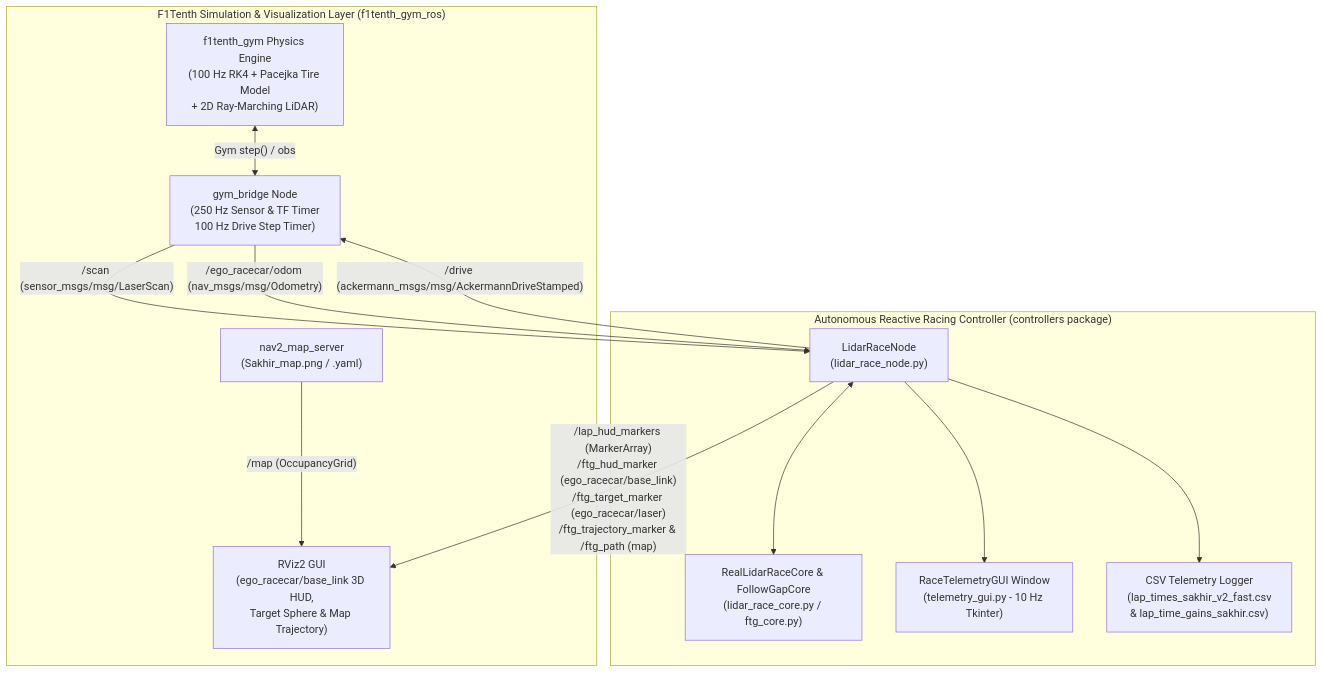
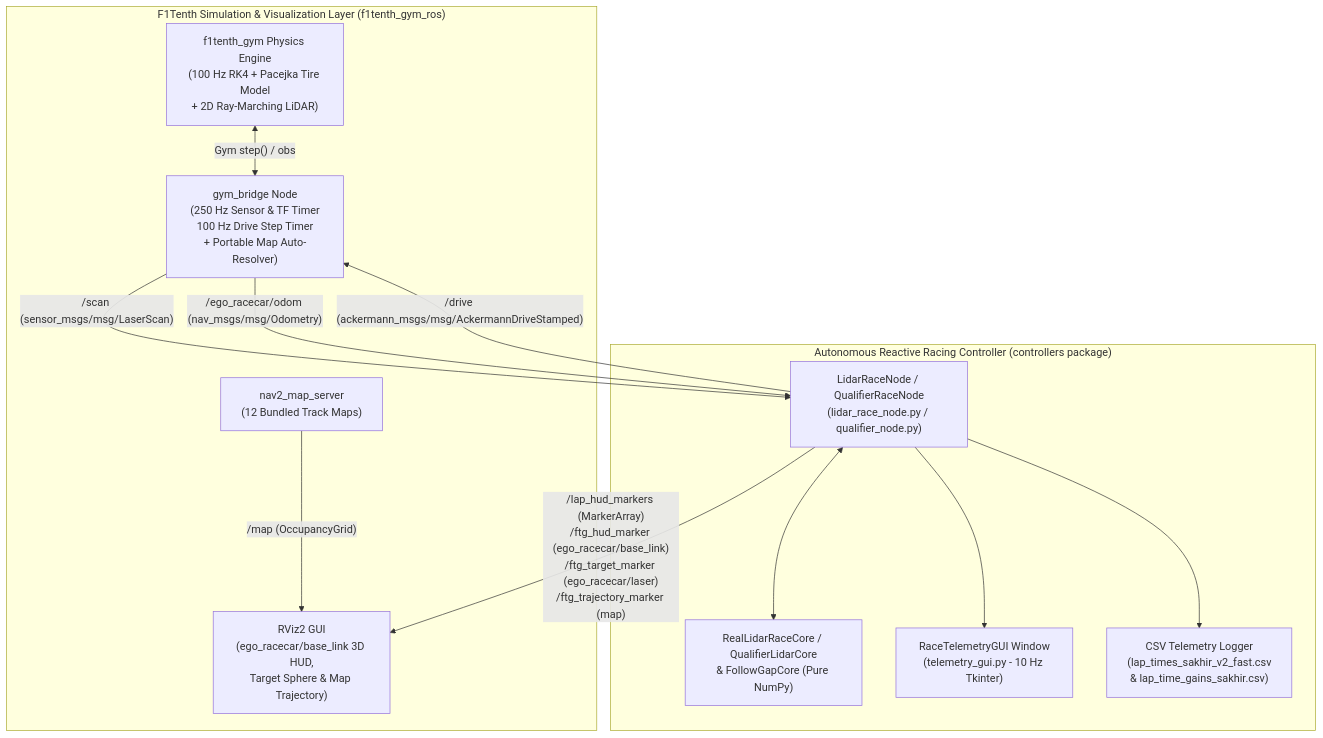
One commit to Bishal-yeti/F1Tenth-Repository changed the diagram in README.md. Above: the diagram before and after it, drawn with Mermaid. The commit also changed other lines of this file and 21 other files, not shown here.

Commit message:
feat: bundle all 12 official maps, add zero-config portable sim.yaml resolution, 1-command beginner scripts, and upgraded README

````diff
--- a/README.md
+++ b/README.md
@@ -108,26 +208,26 @@
 ```mermaid
 flowchart TB
     subgraph SIM["F1Tenth Simulation & Visualization Layer (f1tenth_gym_ros)"]
         GYM["f1tenth_gym Physics Engine\n(100 Hz RK4 + Pacejka Tire Model\n+ 2D Ray-Marching LiDAR)"]
-        BRIDGE["gym_bridge Node\n(250 Hz Sensor & TF Timer\n100 Hz Drive Step Timer)"]
-        MAP["nav2_map_server\n(Sakhir_map.png / .yaml)"]
+        BRIDGE["gym_bridge Node\n(250 Hz Sensor & TF Timer\n100 Hz Drive Step Timer\n+ Portable Map Auto-Resolver)"]
+        MAP["nav2_map_server\n(12 Bundled Track Maps)"]
         RVIZ["RViz2 GUI\n(ego_racecar/base_link 3D HUD,\nTarget Sphere & Map Trajectory)"]
         GYM <-->|"Gym step() / obs"| BRIDGE
         MAP -->|"/map (OccupancyGrid)"| RVIZ
     end
 
     subgraph CTRL["Autonomous Reactive Racing Controller (controllers package)"]
-        NODE["LidarRaceNode\n(lidar_race_node.py)"]
-        CORE["RealLidarRaceCore & FollowGapCore\n(lidar_race_core.py / ftg_core.py)"]
+        NODE["LidarRaceNode / QualifierRaceNode\n(lidar_race_node.py / qualifier_node.py)"]
+        CORE["RealLidarRaceCore / QualifierLidarCore\n& FollowGapCore (Pure NumPy)"]
         GUI["RaceTelemetryGUI Window\n(telemetry_gui.py - 10 Hz Tkinter)"]
         CSV["CSV Telemetry Logger\n(lap_times_sakhir_v2_fast.csv\n& lap_time_gains_sakhir.csv)"]
         NODE <--> CORE
         NODE --> GUI
         NODE --> CSV
     end
 
     BRIDGE -->|"/scan (sensor_msgs/msg/LaserScan)"| NODE
     BRIDGE -->|"/ego_racecar/odom (nav_msgs/msg/Odometry)"| NODE
     NODE -->|"/drive (ackermann_msgs/msg/AckermannDriveStamped)"| BRIDGE
-    NODE -->|"/lap_hud_markers (MarkerArray)\n/ftg_hud_marker (ego_racecar/base_link)\n/ftg_target_marker (ego_racecar/laser)\n/ftg_trajectory_marker & /ftg_path (map)"| RVIZ
+    NODE -->|"/lap_hud_markers (MarkerArray)\n/ftg_hud_marker (ego_racecar/base_link)\n/ftg_target_marker (ego_racecar/laser)\n/ftg_trajectory_marker (map)"| RVIZ
 ```
````
